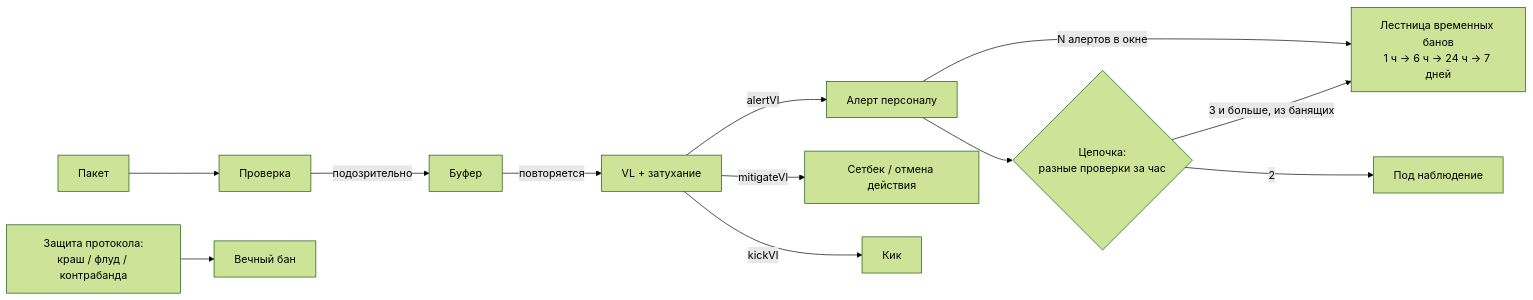
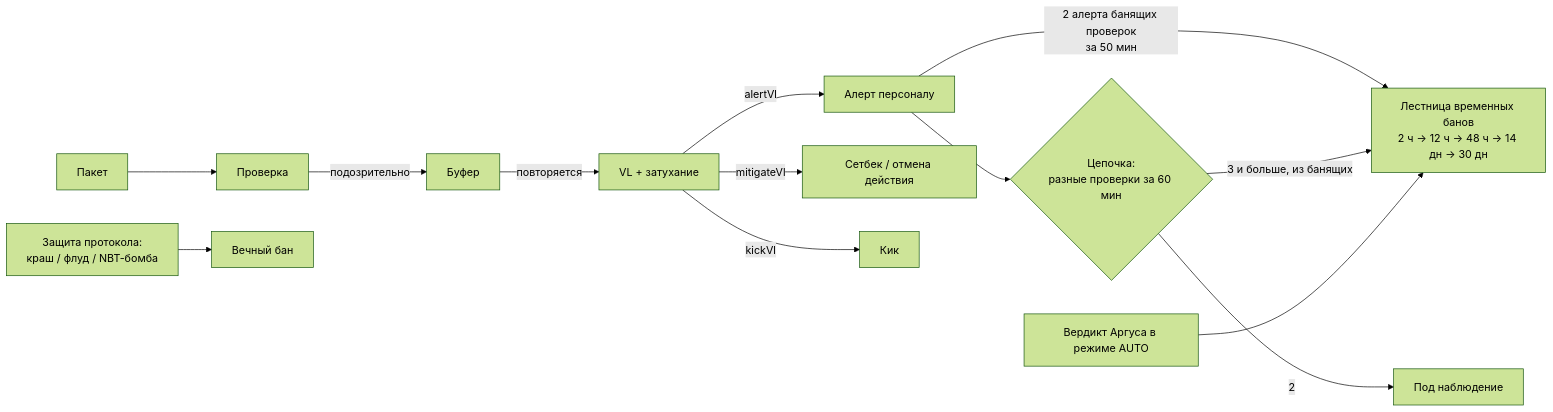
The diagram in BastionAC/README.ru.md (dhehdjebejen-beep/Bastion), drawn with Mermaid (forest theme) before and after one commit. The commit also changed other lines of this file and 11 other files, not shown here.

````diff
--- a/BastionAC/README.ru.md
+++ b/BastionAC/README.ru.md
@@ -216,13 +216,14 @@
 ```mermaid
 flowchart LR
     P[Пакет] --> CK[Проверка] -->|подозрительно| B[Буфер]
     B -->|повторяется| V[VL + затухание]
     V -->|alertVl| AL[Алерт персоналу]
     V -->|mitigateVl| MI[Сетбек / отмена действия]
     V -->|kickVl| KI[Кик]
-    AL -->|N алертов в окне| TB[Лестница временных банов<br/>1 ч → 6 ч → 24 ч → 7 дней]
-    AL --> CH{Цепочка:<br/>разные проверки за час}
+    AL -->|2 алерта банящих проверок<br/>за 50 мин| TB[Лестница временных банов<br/>2 ч → 12 ч → 48 ч → 14 дн → 30 дн]
+    AL --> CH{Цепочка:<br/>разные проверки за 60 мин}
     CH -->|2| WA[Под наблюдение]
     CH -->|3 и больше, из банящих| TB
-    PG[Защита протокола:<br/>краш / флуд / контрабанда] --> PB[Вечный бан]
+    AR[Вердикт Аргуса в режиме AUTO] --> TB
+    PG[Защита протокола:<br/>краш / флуд / NBT-бомба] --> PB[Вечный бан]
 ```
````
